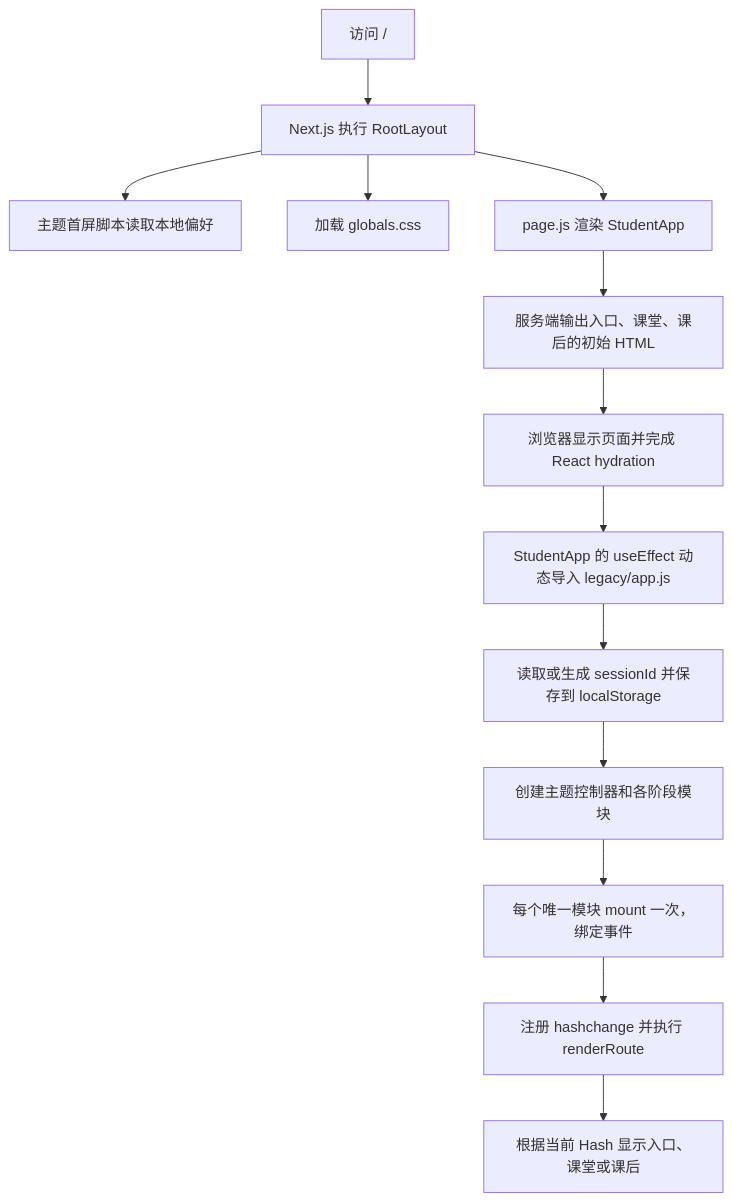
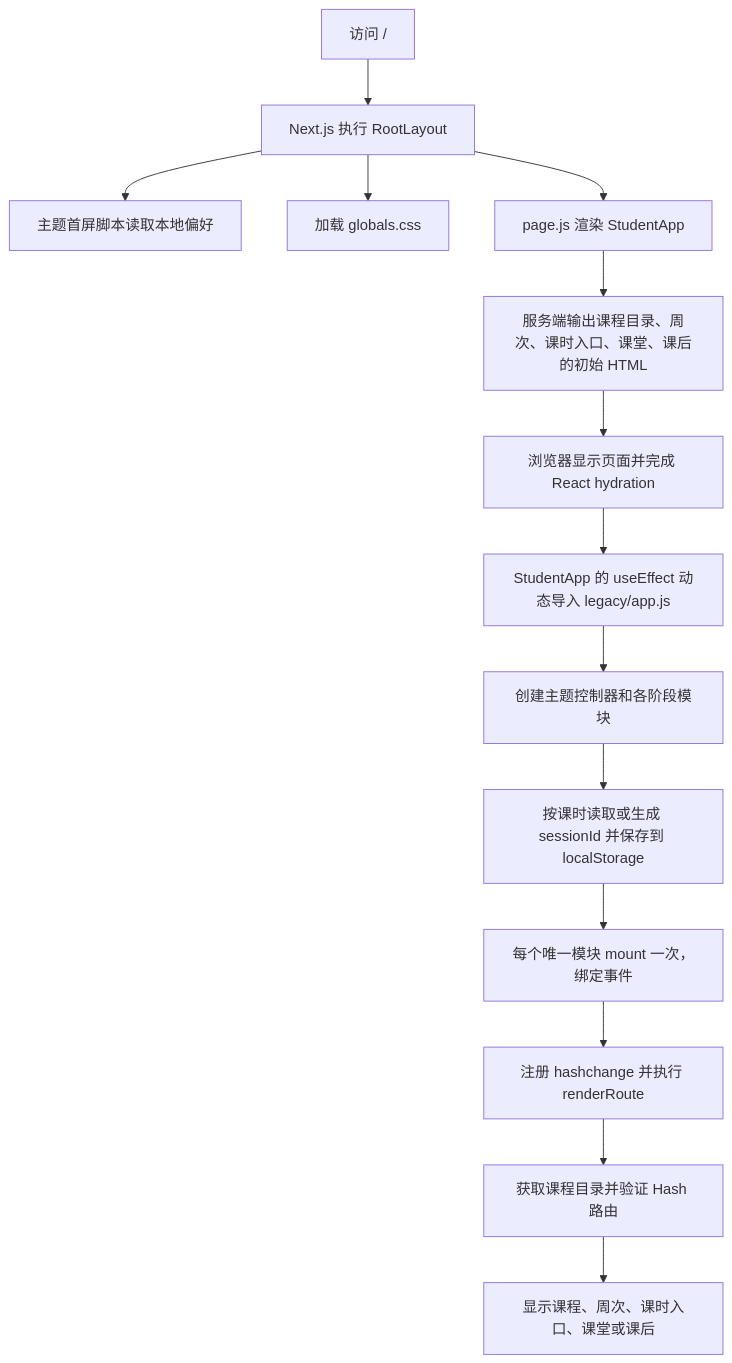
The first of 4 diagrams in docs/architecture/NEXT_FRONTEND_WORKFLOW.md (Awdyuer/SZU_Student_Agent), drawn with Mermaid before and after one commit. The commit also changed other lines of this file and 17 other files, not shown here.

````diff
--- a/docs/architecture/NEXT_FRONTEND_WORKFLOW.md
+++ b/docs/architecture/NEXT_FRONTEND_WORKFLOW.md
@@ -9,15 +7,16 @@
 ```mermaid
 flowchart TD
     A[访问 /] --> B[Next.js 执行 RootLayout]
     B --> C[主题首屏脚本读取本地偏好]
     B --> D[加载 globals.css]
     B --> E[page.js 渲染 StudentApp]
-    E --> F[服务端输出入口、课堂、课后的初始 HTML]
+    E --> F[服务端输出课程目录、周次、课时入口、课堂、课后的初始 HTML]
     F --> G[浏览器显示页面并完成 React hydration]
     G --> H[StudentApp 的 useEffect 动态导入 legacy/app.js]
-    H --> I[读取或生成 sessionId 并保存到 localStorage]
-    I --> J[创建主题控制器和各阶段模块]
+    H --> I[创建主题控制器和各阶段模块]
+    I --> J[按课时读取或生成 sessionId 并保存到 localStorage]
     J --> K[每个唯一模块 mount 一次，绑定事件]
     K --> L[注册 hashchange 并执行 renderRoute]
-    L --> M[根据当前 Hash 显示入口、课堂或课后]
+    L --> M[获取课程目录并验证 Hash 路由]
+    M --> N[显示课程、周次、课时入口、课堂或课后]
 ```
````
